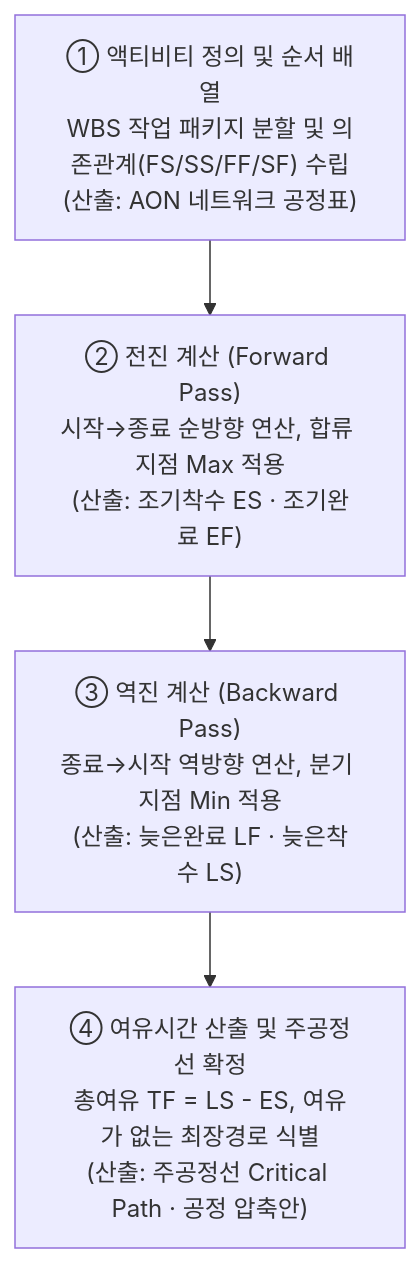
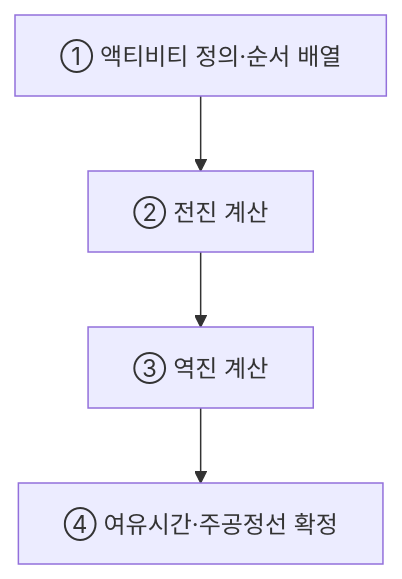
The first of 3 diagrams in src/content/docs/notes/itpe/01-it-strategy/081_cpm.md (agnusdei1207/study), drawn with Mermaid before and after one commit. The commit also changed other lines of this file and 19 other files, not shown here.

````diff
--- a/src/content/docs/notes/itpe/01-it-strategy/081_cpm.md
+++ b/src/content/docs/notes/itpe/01-it-strategy/081_cpm.md
@@ -57,9 +57,4 @@
 ```mermaid
 flowchart TD
-    S1["① 액티비티 정의 및 순서 배열<br/>WBS 작업 패키지 분할 및 의존관계(FS/SS/FF/SF) 수립<br/>(산출: AON 네트워크 공정표)"]
-    S2["② 전진 계산 (Forward Pass)<br/>시작→종료 순방향 연산, 합류 지점 Max 적용<br/>(산출: 조기착수 ES · 조기완료 EF)"]
-    S3["③ 역진 계산 (Backward Pass)<br/>종료→시작 역방향 연산, 분기 지점 Min 적용<br/>(산출: 늦은완료 LF · 늦은착수 LS)"]
-    S4["④ 여유시간 산출 및 주공정선 확정<br/>총여유 TF = LS - ES, 여유가 없는 최장경로 식별<br/>(산출: 주공정선 Critical Path · 공정 압축안)"]
-
-    S1 --> S2 --> S3 --> S4
+    S1["① 액티비티 정의·순서 배열"] --> S2["② 전진 계산"] --> S3["③ 역진 계산"] --> S4["④ 여유시간·주공정선 확정"]
 ```
````
